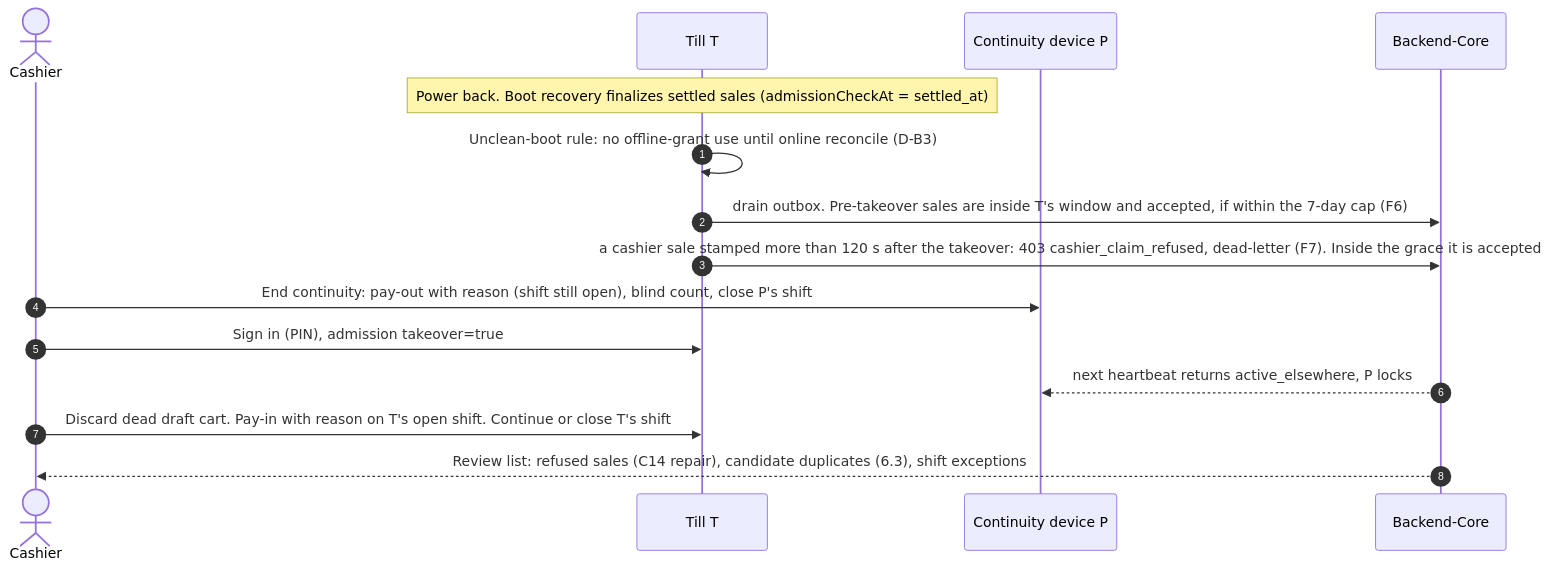
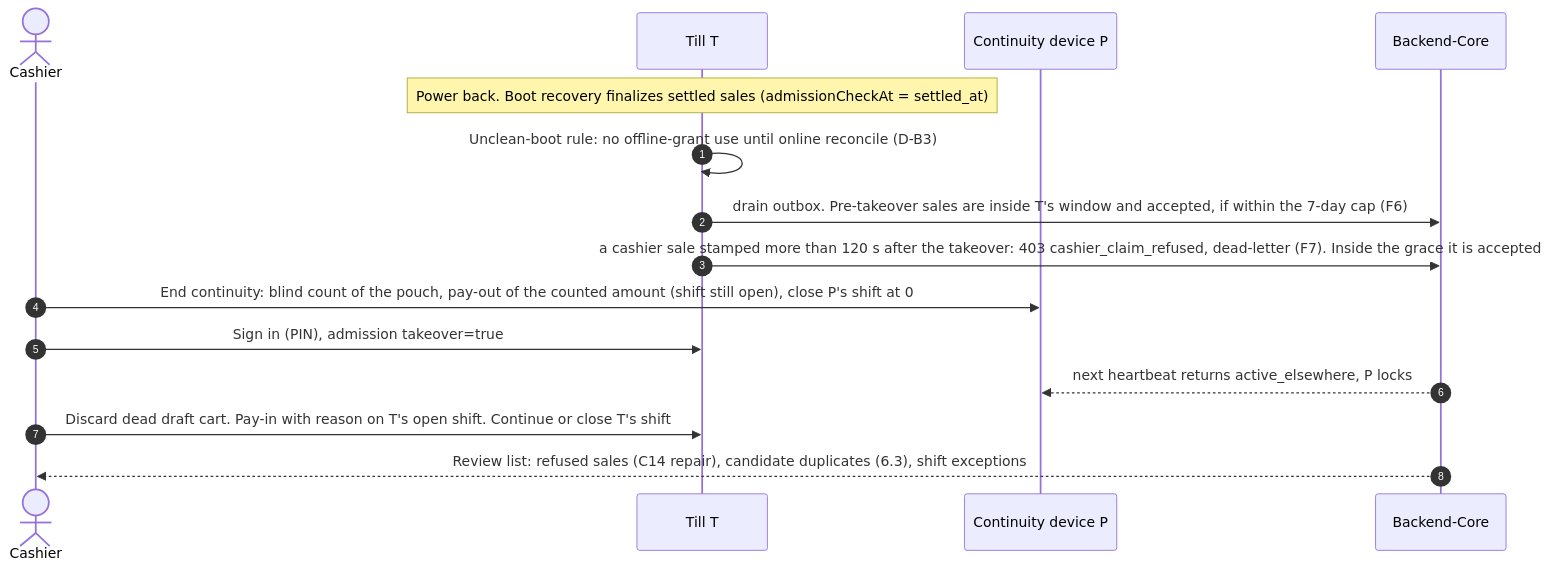
The second of 2 diagrams in docs/superpowers/specs/2026-10-15-rt-230-retail-client-continuity-design.md (Kemetra/POS), drawn with Mermaid before and after one commit. The commit also changed other lines of this file, not shown here.

First line of the commit message:
docs(rt-230): count the pouch before the pay-out, stage C14, narrow no-go

````diff
--- a/docs/superpowers/specs/2026-10-15-rt-230-retail-client-continuity-design.md
+++ b/docs/superpowers/specs/2026-10-15-rt-230-retail-client-continuity-design.md
@@ -338,17 +339,17 @@
 ```mermaid
 sequenceDiagram
     autonumber
     actor C as Cashier
     participant T as Till T
     participant P as Continuity device P
     participant BC as Backend-Core
     Note over T: Power back. Boot recovery finalizes settled sales (admissionCheckAt = settled_at)
     T->>T: Unclean-boot rule: no offline-grant use until online reconcile (D-B3)
     T->>BC: drain outbox. Pre-takeover sales are inside T's window and accepted, if within the 7-day cap (F6)
     T->>BC: a cashier sale stamped more than 120 s after the takeover: 403 cashier_claim_refused, dead-letter (F7). Inside the grace it is accepted
-    C->>P: End continuity: pay-out with reason (shift still open), blind count, close P's shift
+    C->>P: End continuity: blind count of the pouch, pay-out of the counted amount (shift still open), close P's shift at 0
     C->>T: Sign in (PIN), admission takeover=true
     BC-->>P: next heartbeat returns active_elsewhere, P locks
     C->>T: Discard dead draft cart. Pay-in with reason on T's open shift. Continue or close T's shift
     BC-->>C: Review list: refused sales (C14 repair), candidate duplicates (6.3), shift exceptions
 ```
````
